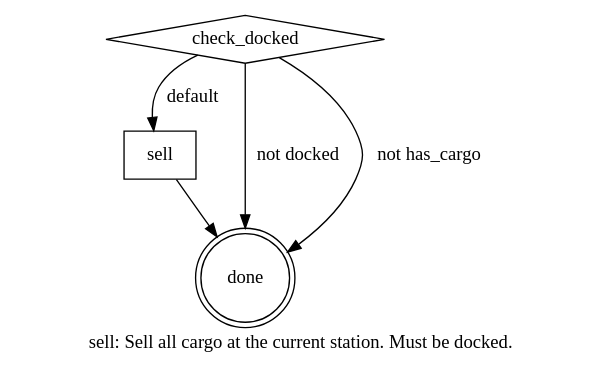
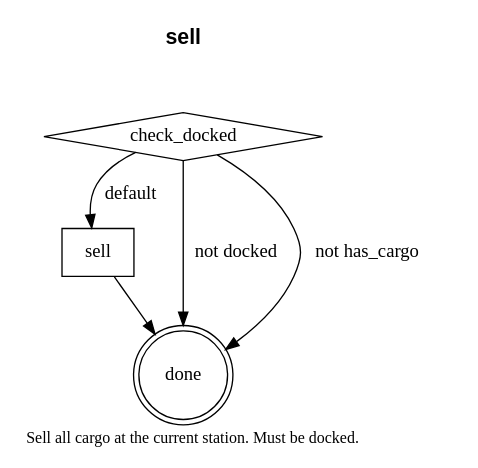
One commit to rsned/spacemolt changed the diagram in data/skills/sell.dot. Above: the diagram before and after it, drawn with Graphviz. The commit also changed 15 other files, not shown here.

```diff
--- a/data/skills/sell.dot
+++ b/data/skills/sell.dot
@@ -1,13 +1,20 @@
 digraph sell {
-  label="sell: Sell all cargo at the current station. Must be docked.\n"
+  label=<
+Sell all cargo at the current station. Must be docked.
+>
+  labelloc=b
+  fontsize=12
   rankdir=TB
+
+  title [shape=none margin=0 fontsize=16 fontname="Helvetica-Bold" label="sell"]
+  title -> check_docked [style=invis]
 
   check_docked [shape=diamond label="check_docked"]
   sell_all [shape=box label="sell"]
   done [shape=doublecircle label="done"]
 
   check_docked -> done [label="not docked"]
   check_docked -> done [label="not has_cargo"]
   check_docked -> sell_all [label="default"]
   sell_all -> done
 }
```
